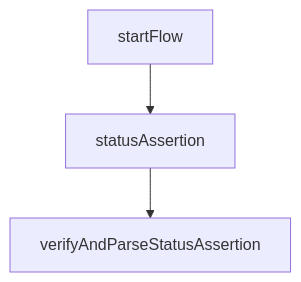
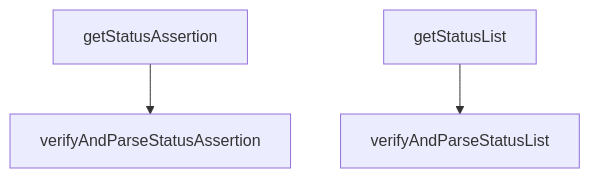
Before and after one commit to pagopa/io-react-native-wallet: the diagram in src/credential/status/README.md, drawn with Mermaid. The commit also changed other lines of this file and 15 other files, not shown here.

Commit message:
feat: [SIW-3594] Add status list v1.3.3 (#330)

````diff
--- a/src/credential/status/README.md
+++ b/src/credential/status/README.md
@@ -9,9 +28,9 @@
 ```mermaid
 graph TD;
-    0[startFlow]
-    1[statusAssertion]
-    2[verifyAndParseStatusAssertion]
-
-    0 --> 1
-    1 --> 2
+  0[getStatusAssertion]
+  1[verifyAndParseStatusAssertion]
+  2[getStatusList]
+  3[verifyAndParseStatusList]
+  0 --> 1
+  2 --> 3
 ```
````
